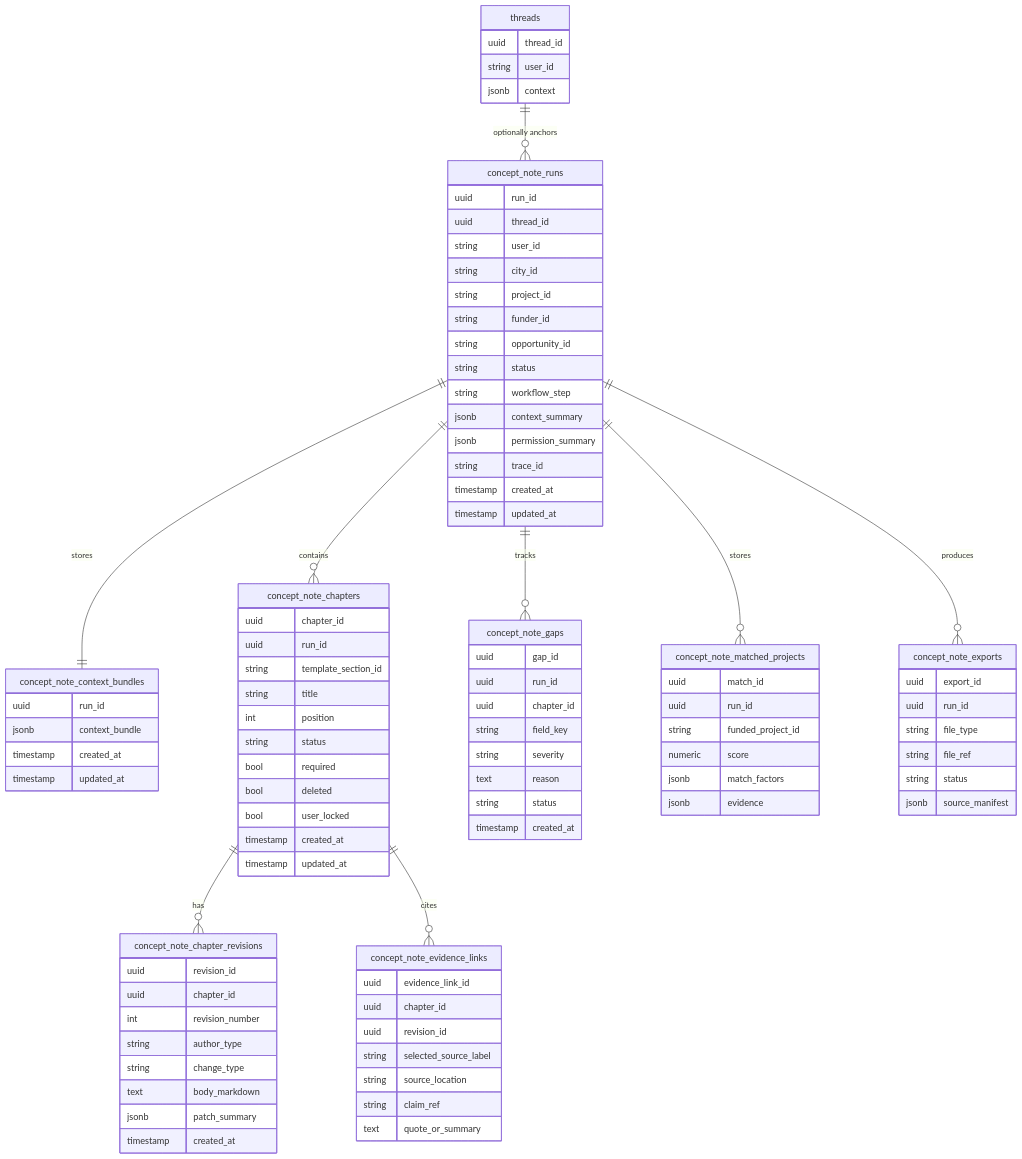
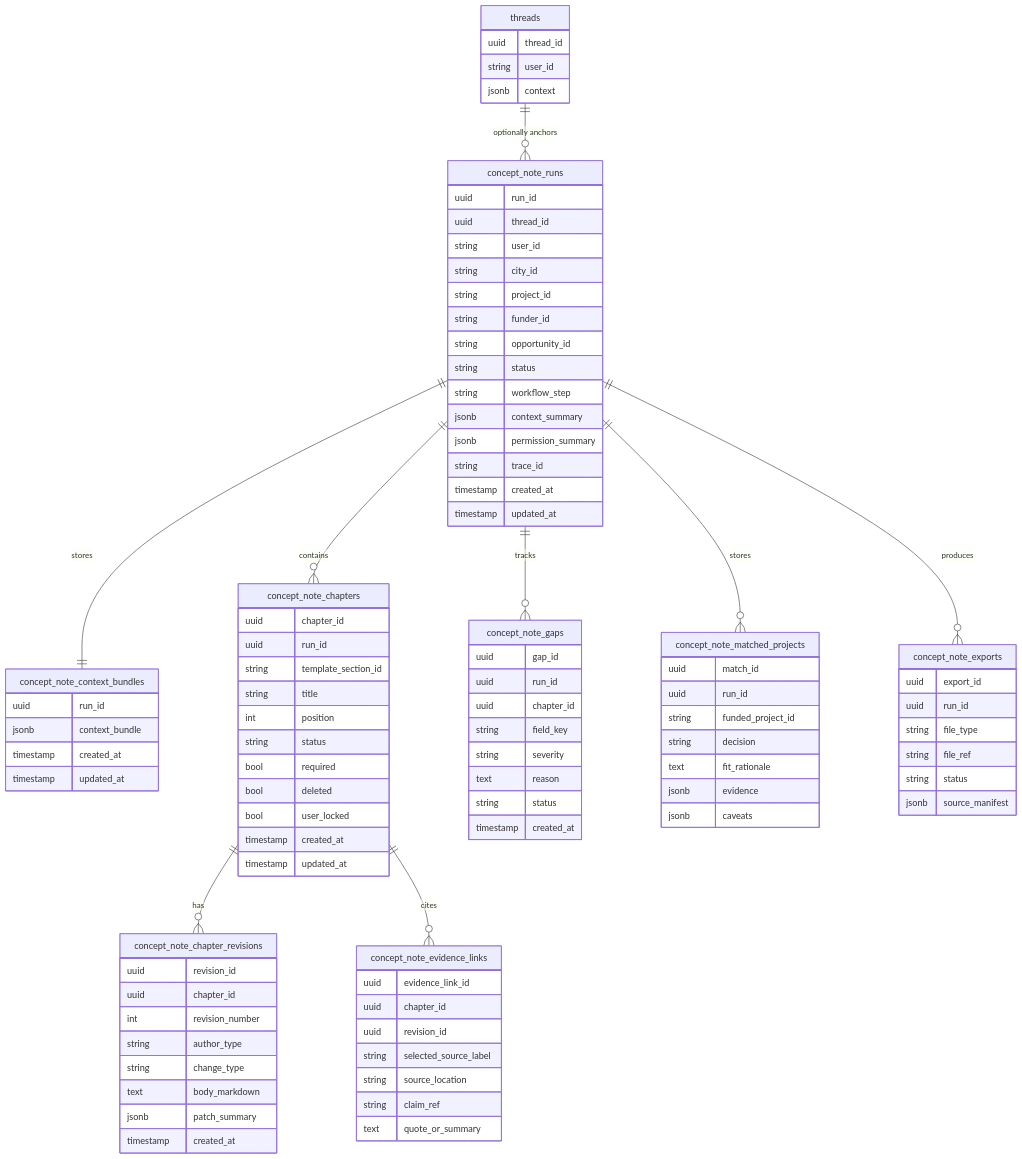
The fifth of 14 diagrams in docs/ConceptNoteBuilderArchitecture.md (Open-Earth-Foundation/CityCatalyst), drawn with Mermaid before and after one commit. The commit also changed other lines of this file, not shown here.

Commit message:
docs: frame similar project matching as LLM decision

```diff
--- a/docs/ConceptNoteBuilderArchitecture.md
+++ b/docs/ConceptNoteBuilderArchitecture.md
@@ -422,9 +423,10 @@
         uuid match_id
         uuid run_id
         string funded_project_id
-        numeric score
-        jsonb match_factors
+        string decision
+        text fit_rationale
         jsonb evidence
+        jsonb caveats
     }
 
     concept_note_exports {
```
